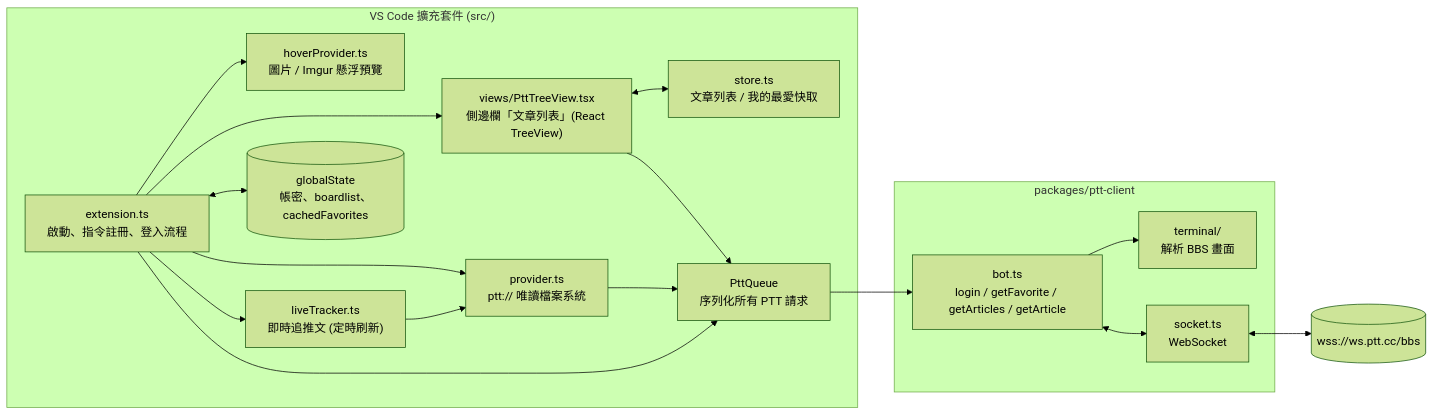
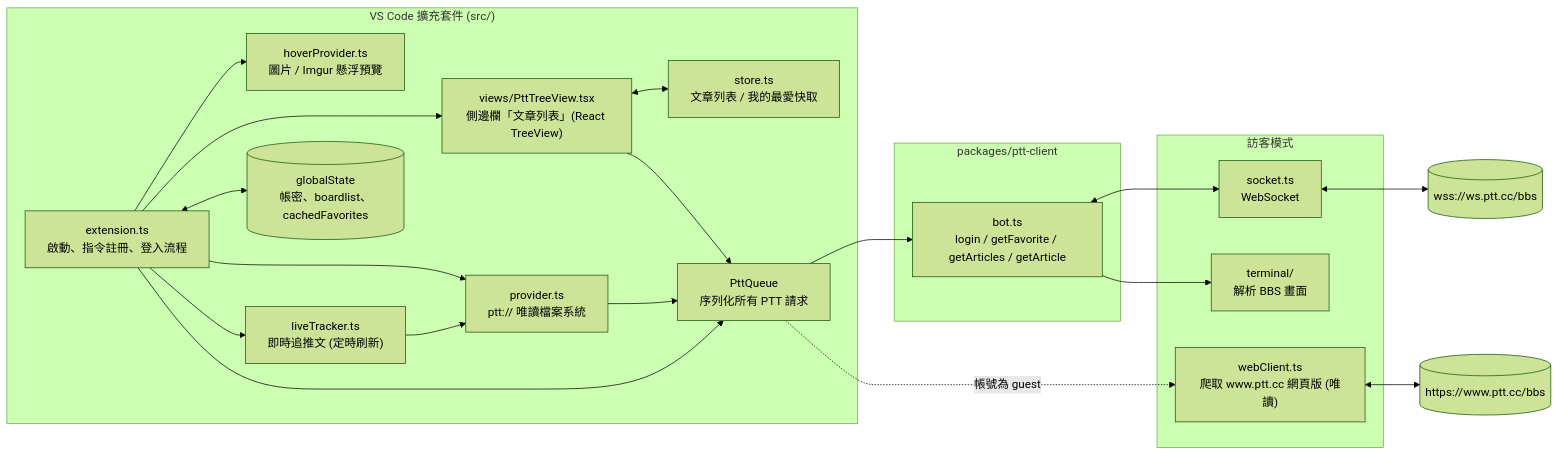
The first of 4 diagrams in docs/ARCHITECTURE.md (kalpy-HI/vscode-ptt), drawn with Mermaid (forest theme) before and after one commit. The commit also changed other lines of this file and 5 other files, not shown here.

First line of the commit message:
Guest mode: browse via www.ptt.cc web version

````diff
--- a/docs/ARCHITECTURE.md
+++ b/docs/ARCHITECTURE.md
@@ -5,29 +5,35 @@
 ```mermaid
 flowchart LR
   subgraph VSCode["VS Code 擴充套件 (src/)"]
     EXT["extension.ts<br/>啟動、指令註冊、登入流程"]
     TREE["views/PttTreeView.tsx<br/>側邊欄「文章列表」(React TreeView)"]
     FS["provider.ts<br/>ptt:// 唯讀檔案系統"]
     HOVER["hoverProvider.ts<br/>圖片 / Imgur 懸浮預覽"]
     LIVE["liveTracker.ts<br/>即時追推文 (定時刷新)"]
     STORE["store.ts<br/>文章列表 / 我的最愛快取"]
     Q["PttQueue<br/>序列化所有 PTT 請求"]
     GS[("globalState<br/>帳密、boardlist、cachedFavorites")]
   end
 
   subgraph CLIENT["packages/ptt-client"]
     BOT["bot.ts<br/>login / getFavorite / getArticles / getArticle"]
+  end
+
+  subgraph WEB["訪客模式"]
+    WC["webClient.ts<br/>爬取 www.ptt.cc 網頁版 (唯讀)"]
     TERM["terminal/<br/>解析 BBS 畫面"]
     SOCK["socket.ts<br/>WebSocket"]
   end
 
   PTT[("wss://ws.ptt.cc/bbs")]
+  WWW[("https://www.ptt.cc/bbs")]
 
   EXT --> TREE & FS & HOVER & LIVE
   EXT <--> GS
   TREE <--> STORE
   TREE & FS & EXT --> Q --> BOT
   LIVE --> FS
   BOT --> TERM
   BOT <--> SOCK <--> PTT
+  Q -. 帳號為 guest .-> WC <--> WWW
 ```
````
